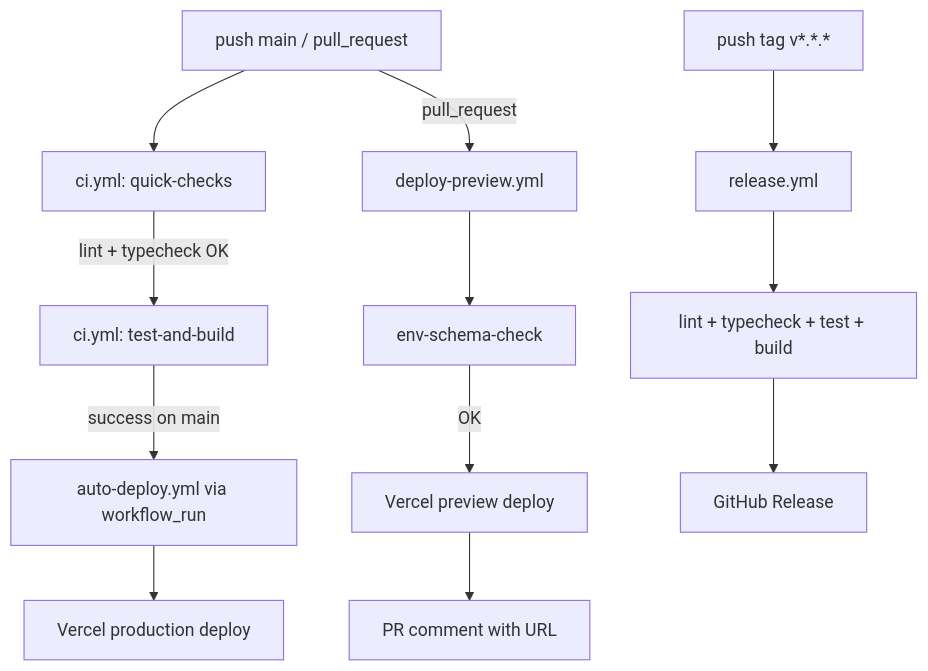
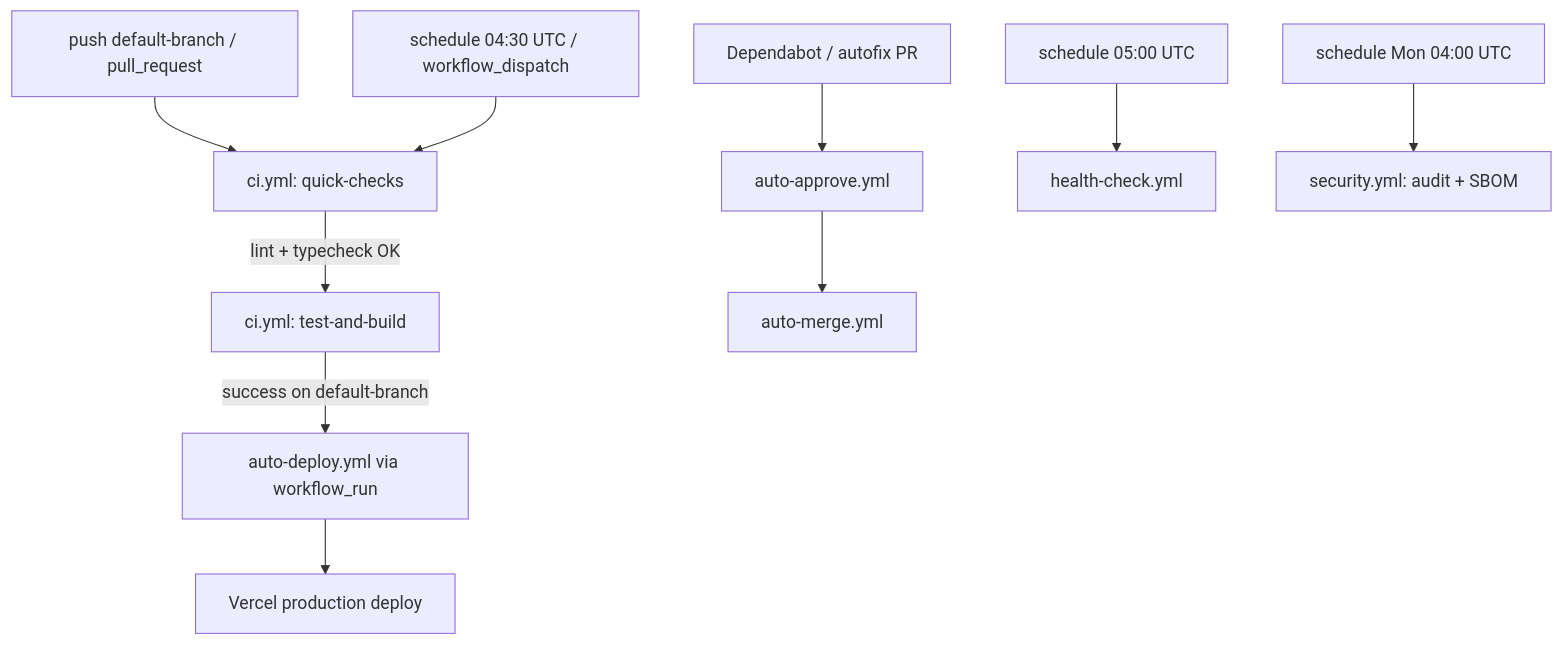
The diagram in NOTES/runbook.md (NeXifyAI-cloud/opencarbox), drawn with Mermaid before and after one commit. The commit also changed other lines of this file and 146 other files, not shown here.

Commit message:
fix: resolve merge conflict with base branch audit-fix-deploy-10646060533465607163

````diff
--- a/NOTES/runbook.md
+++ b/NOTES/runbook.md
@@ -170,14 +134,12 @@
 ```mermaid
 flowchart TD
-  A[push main / pull_request] --> B[ci.yml: quick-checks]
+  A[push default-branch / pull_request] --> B[ci.yml: quick-checks]
   B -->|lint + typecheck OK| C[ci.yml: test-and-build]
-  C -->|success on main| D[auto-deploy.yml via workflow_run]
+  C -->|success on default-branch| D[auto-deploy.yml via workflow_run]
   D --> E[Vercel production deploy]
-  A -->|pull_request| F[deploy-preview.yml]
-  F --> G[env-schema-check]
-  G -->|OK| H[Vercel preview deploy]
-  H --> I[PR comment with URL]
-  J[push tag v*.*.*] --> K[release.yml]
-  K --> L[lint + typecheck + test + build]
-  L --> M[GitHub Release]
+  F[schedule 04:30 UTC / workflow_dispatch] --> B
+  G[Dependabot / autofix PR] --> H[auto-approve.yml]
+  H --> I[auto-merge.yml]
+  J[schedule 05:00 UTC] --> K[health-check.yml]
+  L[schedule Mon 04:00 UTC] --> M[security.yml: audit + SBOM]
 ```
````
